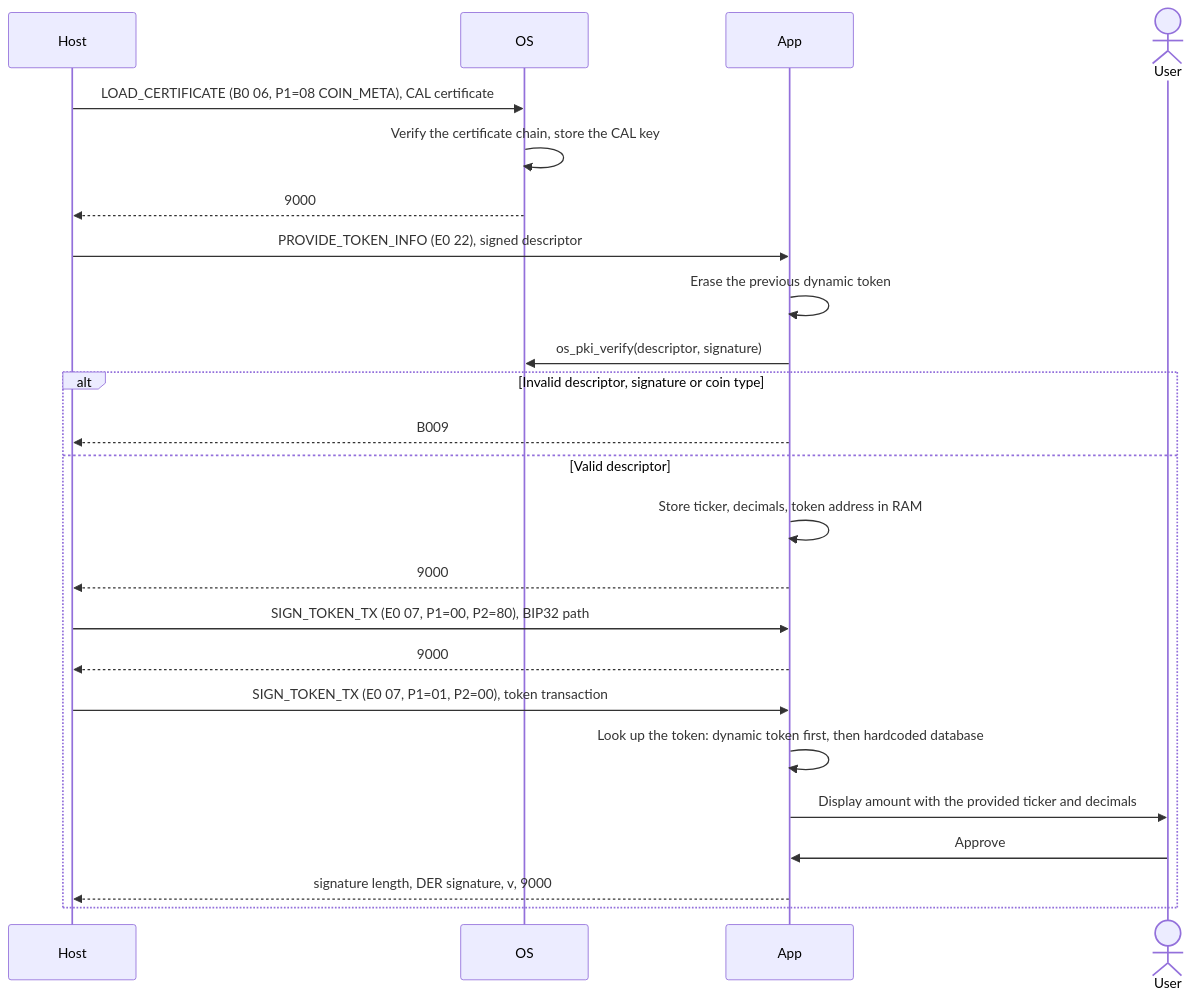
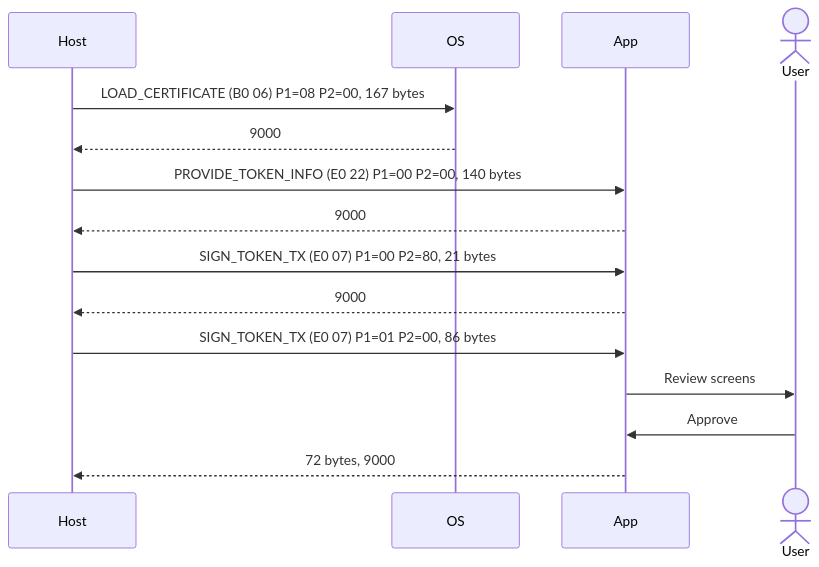
One commit to LedgerHQ/app-boilerplate changed the sixth of 8 diagrams in doc/FLOWS.md. Above: the diagram before and after it, drawn with Mermaid. The commit also changed other lines of this file and 8 other files, not shown here.

````diff
--- a/doc/FLOWS.md
+++ b/doc/FLOWS.md
@@ -201,27 +219,18 @@
 ```mermaid
 sequenceDiagram
     participant H as Host
     participant O as OS
     participant A as App
     actor U as User
 
-    H->>O: LOAD_CERTIFICATE (B0 06, P1=08 COIN_META), CAL certificate
-    O->>O: Verify the certificate chain, store the CAL key
+    H->>O: LOAD_CERTIFICATE (B0 06) P1=08 P2=00, 167 bytes
     O-->>H: 9000
-    H->>A: PROVIDE_TOKEN_INFO (E0 22), signed descriptor
-    A->>A: Erase the previous dynamic token
-    A->>O: os_pki_verify(descriptor, signature)
-    alt Invalid descriptor, signature or coin type
-        A-->>H: B009
-    else Valid descriptor
-        A->>A: Store ticker, decimals, token address in RAM
-        A-->>H: 9000
-        H->>A: SIGN_TOKEN_TX (E0 07, P1=00, P2=80), BIP32 path
-        A-->>H: 9000
-        H->>A: SIGN_TOKEN_TX (E0 07, P1=01, P2=00), token transaction
-        A->>A: Look up the token: dynamic token first, then hardcoded database
-        A->>U: Display amount with the provided ticker and decimals
-        U->>A: Approve
-        A-->>H: signature length, DER signature, v, 9000
-    end
+    H->>A: PROVIDE_TOKEN_INFO (E0 22) P1=00 P2=00, 140 bytes
+    A-->>H: 9000
+    H->>A: SIGN_TOKEN_TX (E0 07) P1=00 P2=80, 21 bytes
+    A-->>H: 9000
+    H->>A: SIGN_TOKEN_TX (E0 07) P1=01 P2=00, 86 bytes
+    A->>U: Review screens
+    U->>A: Approve
+    A-->>H: 72 bytes, 9000
 ```
````
